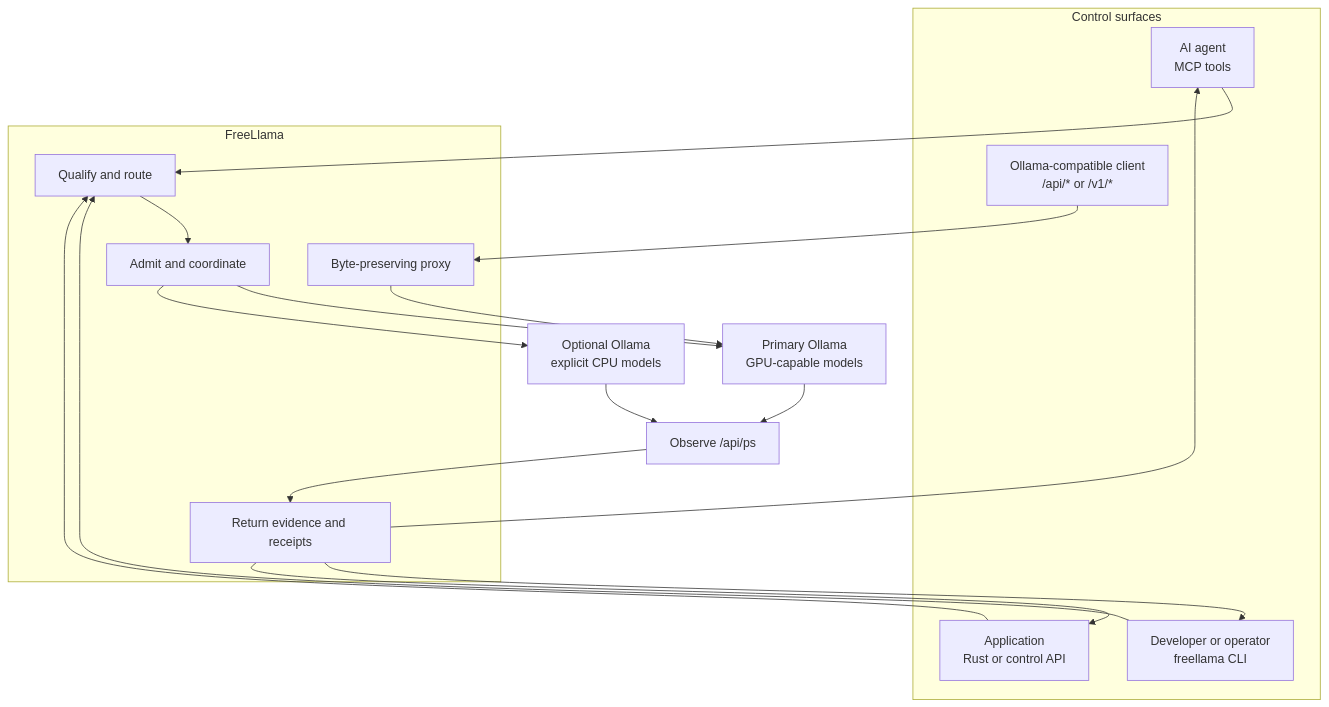
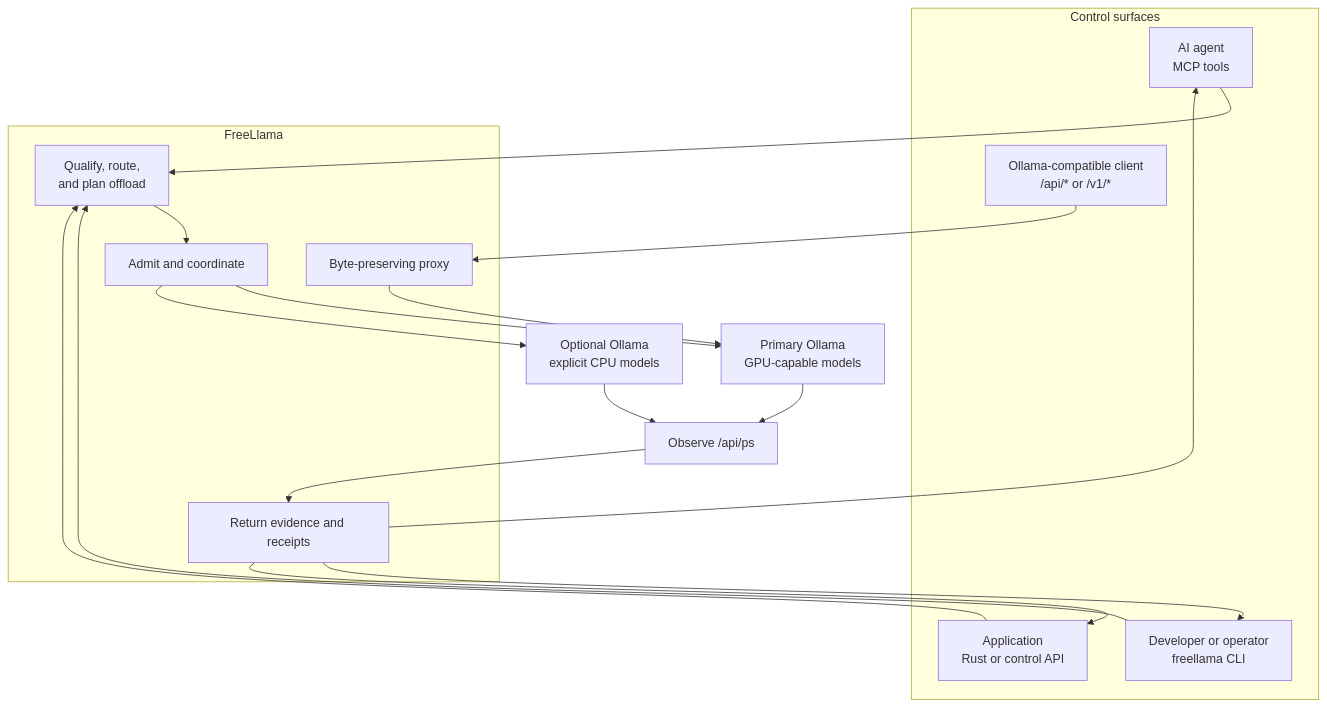
One commit to bgauryy/FreeLlama changed the first of 4 diagrams in README.md. Above: the diagram before and after it, drawn with Mermaid. The commit also changed other lines of this file and 77 other files, not shown here.

````diff
--- a/README.md
+++ b/README.md
@@ -19,32 +20,32 @@
 ```mermaid
 flowchart TB
     subgraph callers["Control surfaces"]
         AGENT["AI agent<br/>MCP tools"]
         OP["Developer or operator<br/>freellama CLI"]
         APP["Application<br/>Rust or control API"]
         RAW["Ollama-compatible client<br/>/api/* or /v1/*"]
     end
 
     subgraph free["FreeLlama"]
-        DECIDE["Qualify and route"]
+        DECIDE["Qualify, route,<br/>and plan offload"]
         ADMIT["Admit and coordinate"]
         VERIFY["Return evidence and receipts"]
         PROXY["Byte-preserving proxy"]
     end
 
     GPU["Primary Ollama<br/>GPU-capable models"]
     CPU["Optional Ollama<br/>explicit CPU models"]
 
     AGENT --> DECIDE
     OP --> DECIDE
     APP --> DECIDE
     DECIDE --> ADMIT
     ADMIT --> GPU
     ADMIT --> CPU
     GPU --> OBSERVE["Observe /api/ps"] --> VERIFY
     CPU --> OBSERVE
     VERIFY --> AGENT
     VERIFY --> OP
     VERIFY --> APP
     RAW --> PROXY --> GPU
 ```
````
